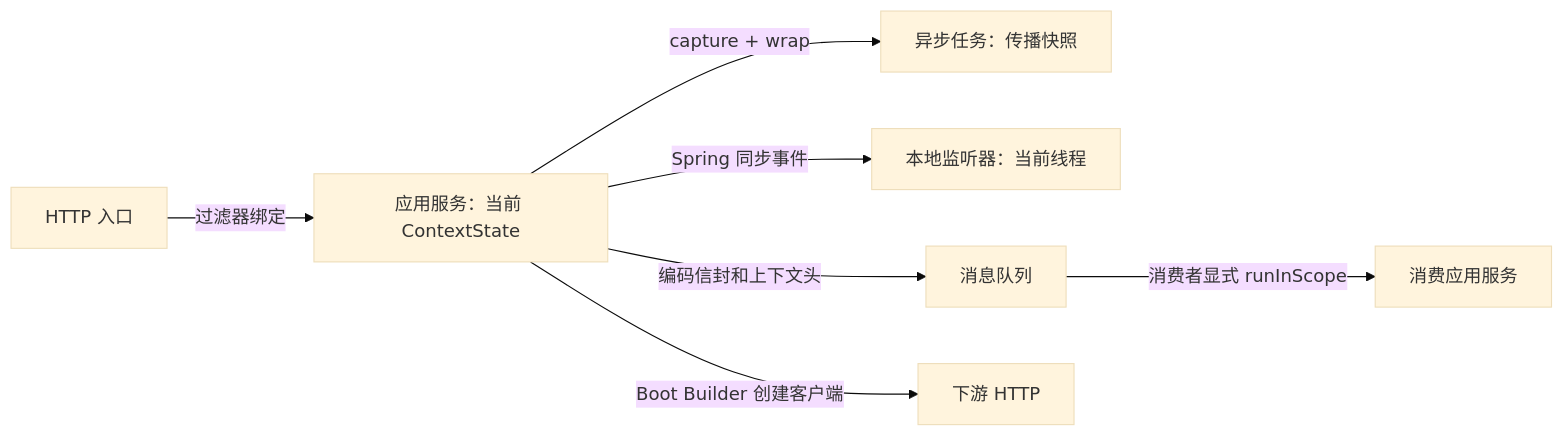
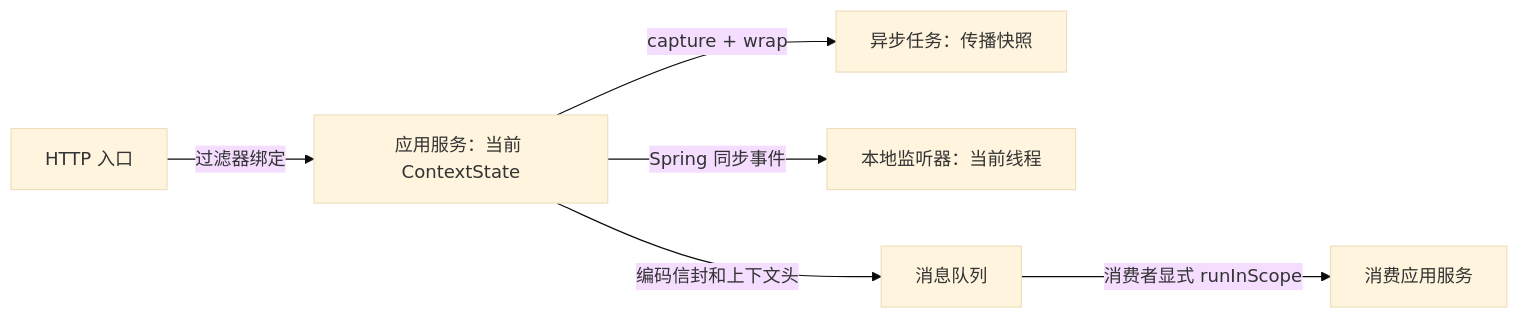
The first of 2 diagrams in guide/tutorial/context-events.md (Y-cs/wuli3), drawn with Mermaid (base theme) before and after one commit. The commit also changed other lines of this file and 26 other files, not shown here.

````diff
--- a/guide/tutorial/context-events.md
+++ b/guide/tutorial/context-events.md
@@ -7,9 +7,8 @@
 ```mermaid
 flowchart LR
     H[HTTP 入口] -->|过滤器绑定| S[应用服务：当前 ContextState]
     S -->|capture + wrap| A[异步任务：传播快照]
     S -->|Spring 同步事件| L[本地监听器：当前线程]
     S -->|编码信封和上下文头| Q[消息队列]
     Q -->|消费者显式 runInScope| C[消费应用服务]
-    S -->|Boot Builder 创建客户端| R[下游 HTTP]
 ```
````
